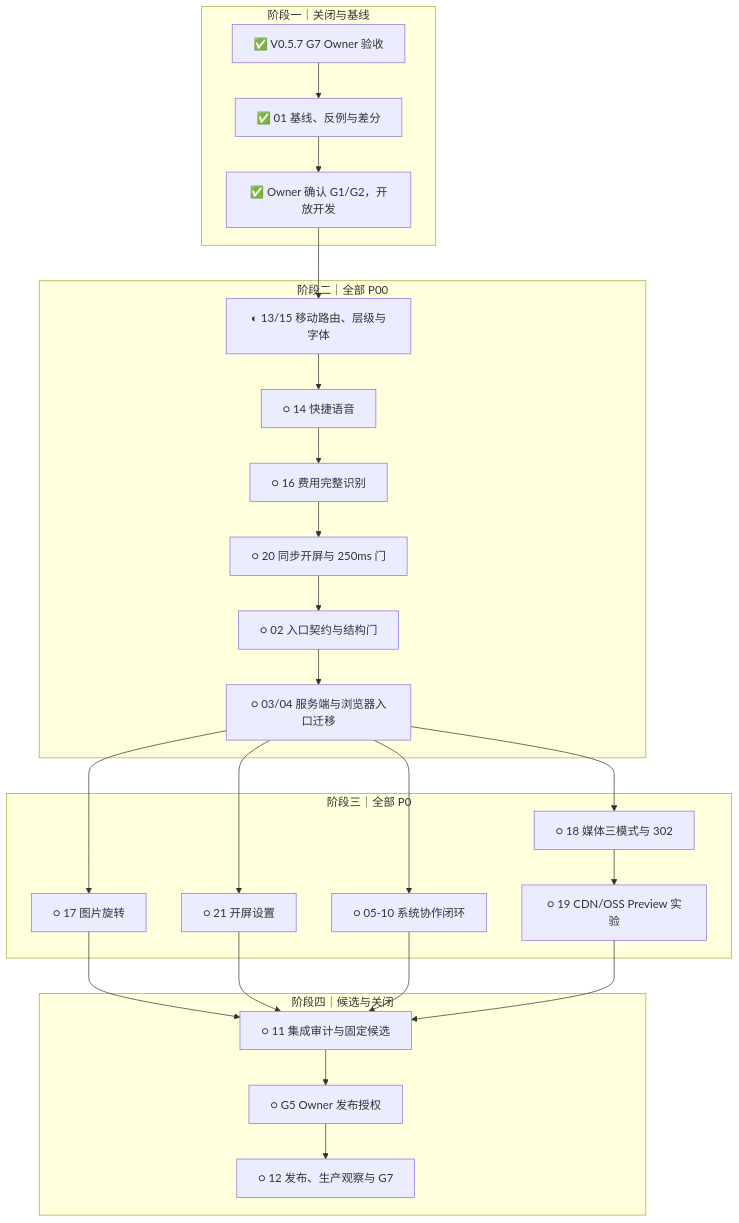
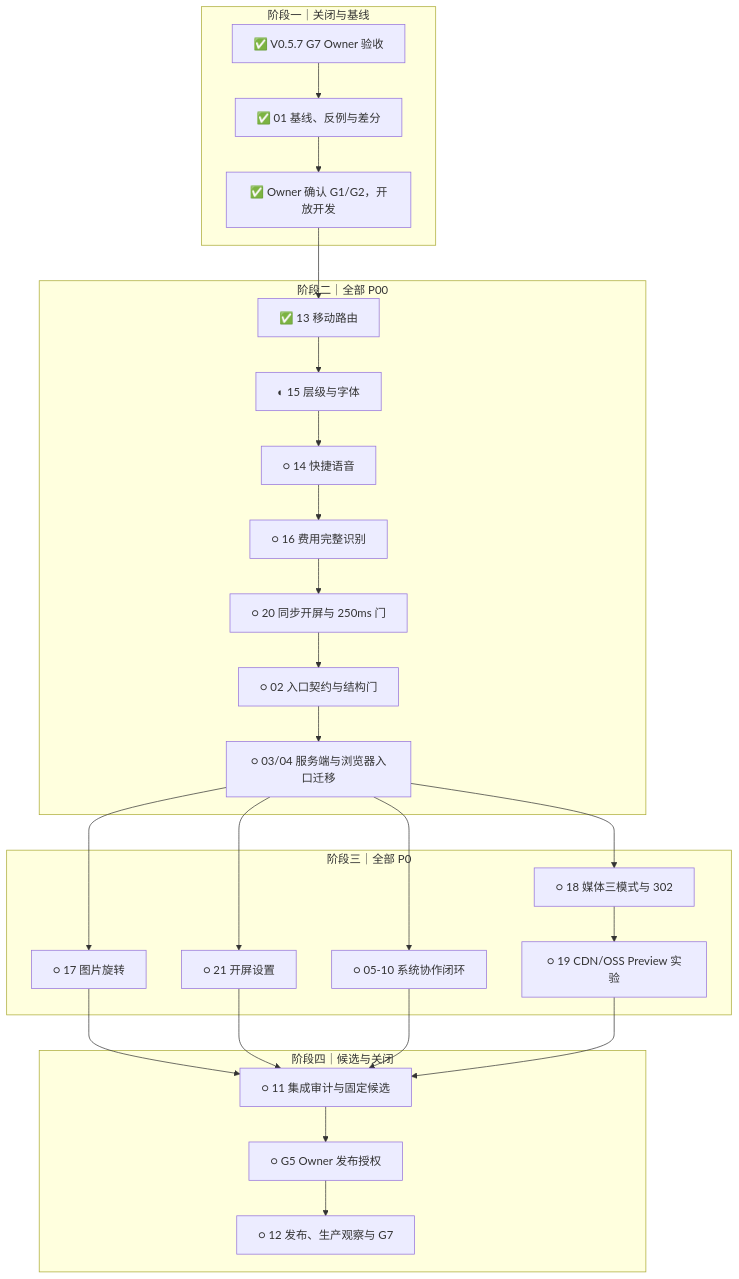
The diagram in reports/iteration-plan-v0.5.8-2026-10-05.md (77Liu/for-now), drawn with Mermaid before and after one commit. The commit also changed other lines of this file and 1 other file, not shown here.

````diff
--- a/reports/iteration-plan-v0.5.8-2026-10-05.md
+++ b/reports/iteration-plan-v0.5.8-2026-10-05.md
@@ -206,30 +206,31 @@
 ```mermaid
 flowchart TD
   subgraph GATE["阶段一｜关闭与基线"]
     A["✅ V0.5.7 G7 Owner 验收"] --> B["✅ 01 基线、反例与差分"]
     B --> C["✅ Owner 确认 G1/G2，开放开发"]
   end
   subgraph P00["阶段二｜全部 P00"]
-    C --> D["◐ 13/15 移动路由、层级与字体"]
-    D --> E["○ 14 快捷语音"]
+    C --> D1["✅ 13 移动路由"]
+    D1 --> D2["◐ 15 层级与字体"]
+    D2 --> E["○ 14 快捷语音"]
     E --> F["○ 16 费用完整识别"]
     F --> G["○ 20 同步开屏与 250ms 门"]
     G --> H["○ 02 入口契约与结构门"]
     H --> I["○ 03/04 服务端与浏览器入口迁移"]
   end
   subgraph P0["阶段三｜全部 P0"]
     I --> J["○ 17 图片旋转"]
     I --> K["○ 18 媒体三模式与 302"]
     I --> L["○ 21 开屏设置"]
     I --> M["○ 05-10 系统协作闭环"]
     K --> N["○ 19 CDN/OSS Preview 实验"]
   end
   subgraph RELEASE["阶段四｜候选与关闭"]
     J --> O["○ 11 集成审计与固定候选"]
     L --> O
     M --> O
     N --> O
     O --> P["○ G5 Owner 发布授权"]
     P --> Q["○ 12 发布、生产观察与 G7"]
   end
 ```
````
